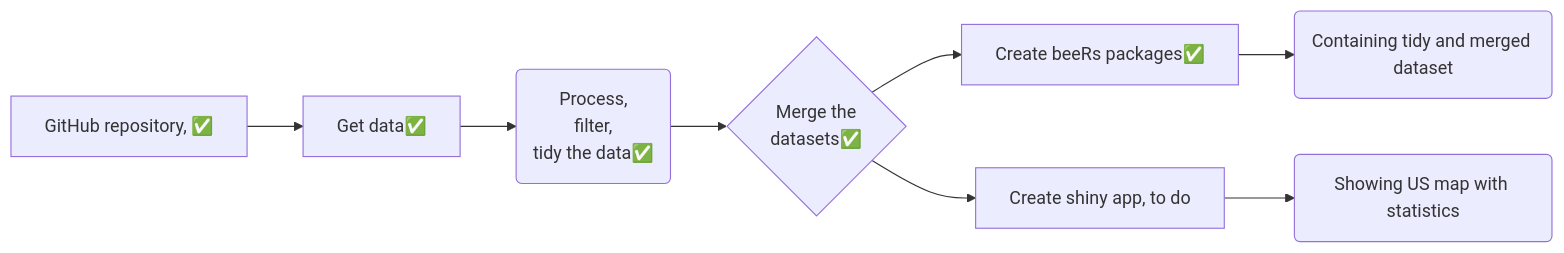
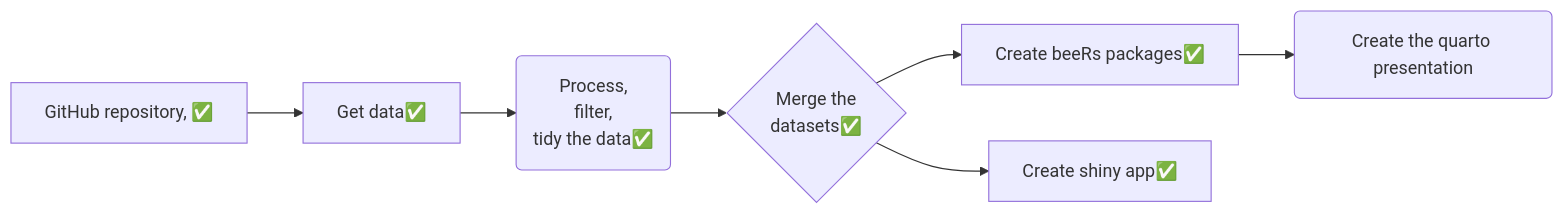
Before and after one commit to pmoizerv/BeeRs: the diagram in README.Rmd, drawn with Mermaid. The commit also changed other lines of this file and 5 other files, not shown here.

Commit message:
Shiny app without color

````diff
--- a/README.Rmd
+++ b/README.Rmd
@@ -60,10 +56,9 @@
 ```{mermaid}
 flowchart LR
   A[GitHub repository, ✅]  --> B[Get data✅]
   B --> C(Process,\nfilter,\ntidy the data✅)
   C --> D{Merge the\ndatasets✅}
   D --> E[Create beeRs packages✅]
-  D --> F[Create shiny app, to do]
-  E --> G(Containing tidy and merged dataset)
-  F --> H(Showing US map with statistics)
+  D --> F[Create shiny app✅]
+  E --> G(Create the quarto presentation)
 ```
````
